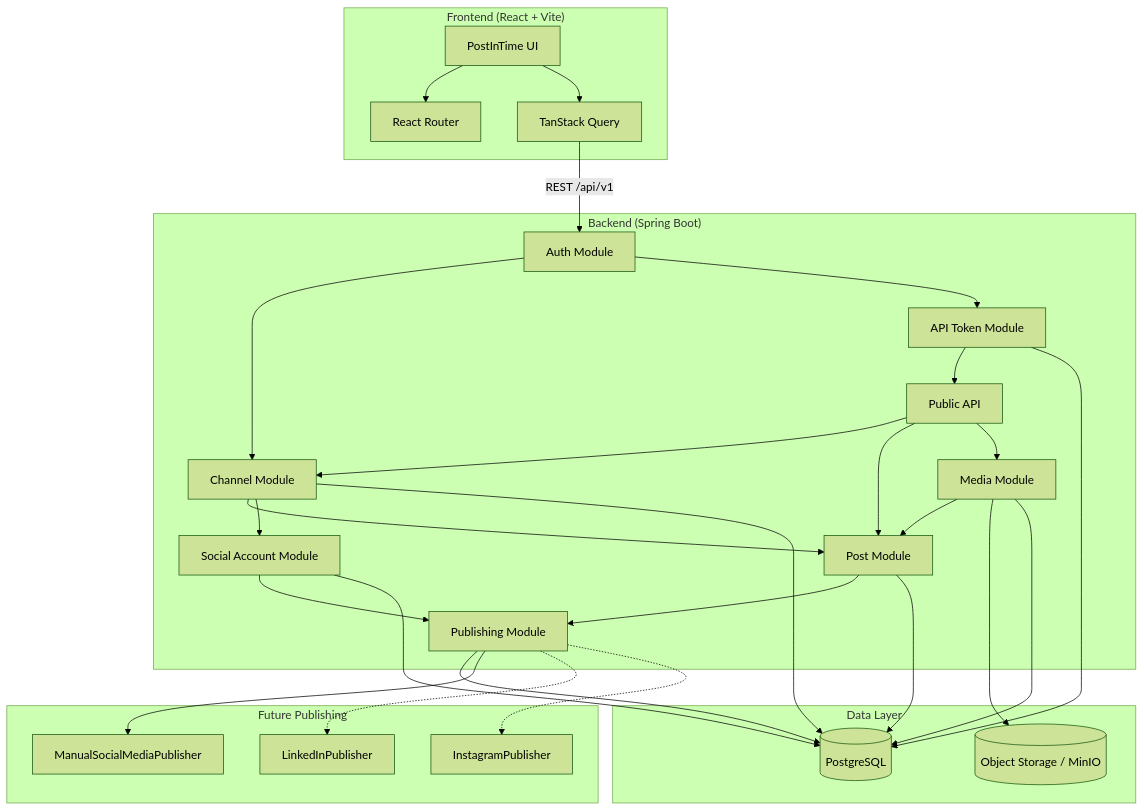
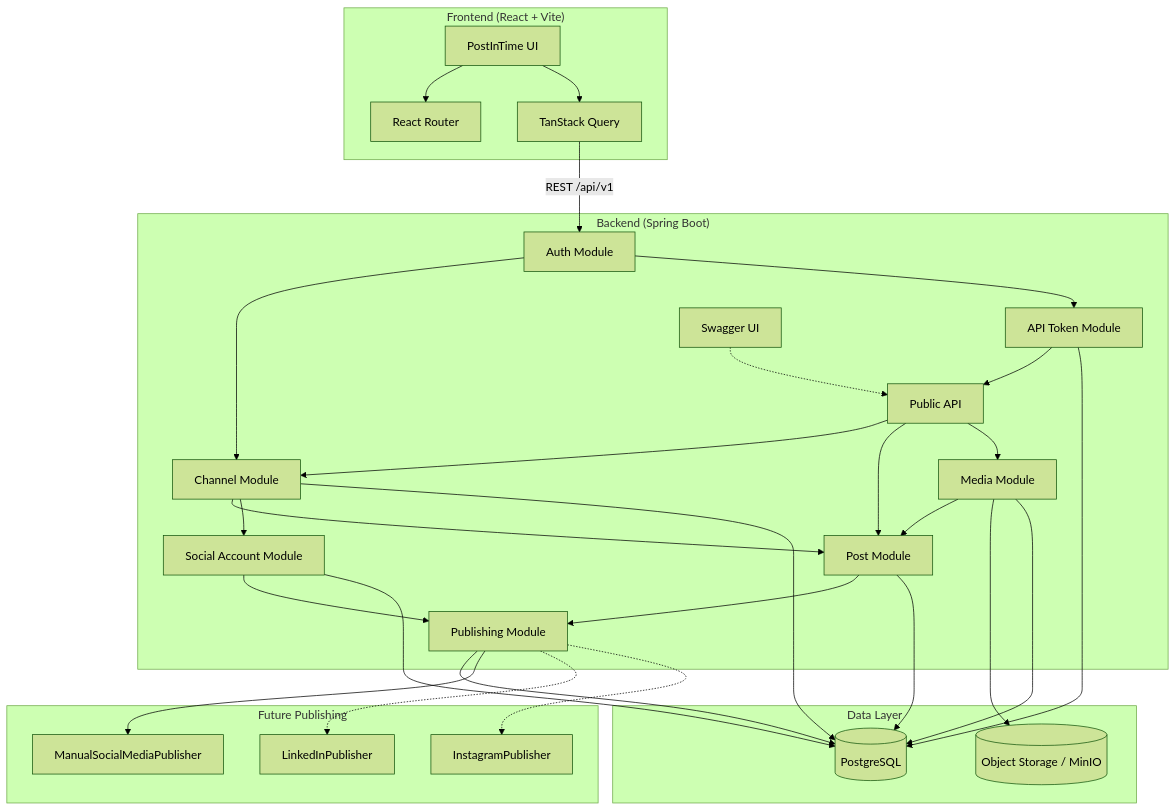
Before and after one commit to anushibinj/postintime: the diagram in product-architecture-flowchart.mmd, drawn with Mermaid (forest theme). The commit also changed 10 other files, not shown here.

Commit message:
Add Swagger UI for public channel list and post create APIs.

```diff
--- a/product-architecture-flowchart.mmd
+++ b/product-architecture-flowchart.mmd
@@ -1,53 +1,55 @@
 flowchart TB
     subgraph Client["Frontend (React + Vite)"]
         UI[PostInTime UI]
         Router[React Router]
         Query[TanStack Query]
         UI --> Router
         UI --> Query
     end
 
     subgraph API["Backend (Spring Boot)"]
         Auth[Auth Module]
         ApiTokens[API Token Module]
         Channels[Channel Module]
         Posts[Post Module]
         Media[Media Module]
         Social[Social Account Module]
         Publishing[Publishing Module]
         Public[Public API]
+        Swagger[Swagger UI]
         Auth --> Channels
         Auth --> ApiTokens
         ApiTokens --> Public
         Public --> Channels
         Public --> Posts
         Public --> Media
+        Swagger -.-> Public
         Channels --> Posts
         Channels --> Social
         Posts --> Publishing
         Social --> Publishing
         Media --> Posts
     end
 
     subgraph Data["Data Layer"]
         PG[(PostgreSQL)]
         Storage[(Object Storage / MinIO)]
     end
 
     Query -->|REST /api/v1| Auth
     ApiTokens --> PG
     Channels --> PG
     Posts --> PG
     Social --> PG
     Publishing --> PG
     Media --> Storage
     Media --> PG
 
     subgraph Future["Future Publishing"]
         Manual[ManualSocialMediaPublisher]
         LinkedIn[LinkedInPublisher]
         Instagram[InstagramPublisher]
         Publishing --> Manual
         Publishing -.-> LinkedIn
         Publishing -.-> Instagram
     end
```
